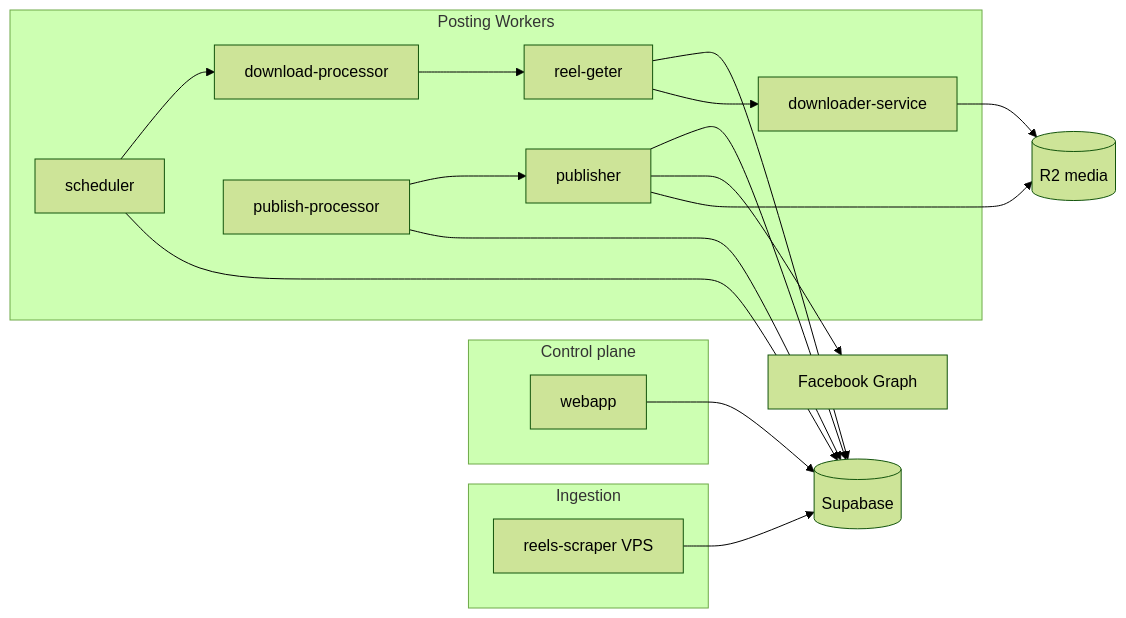
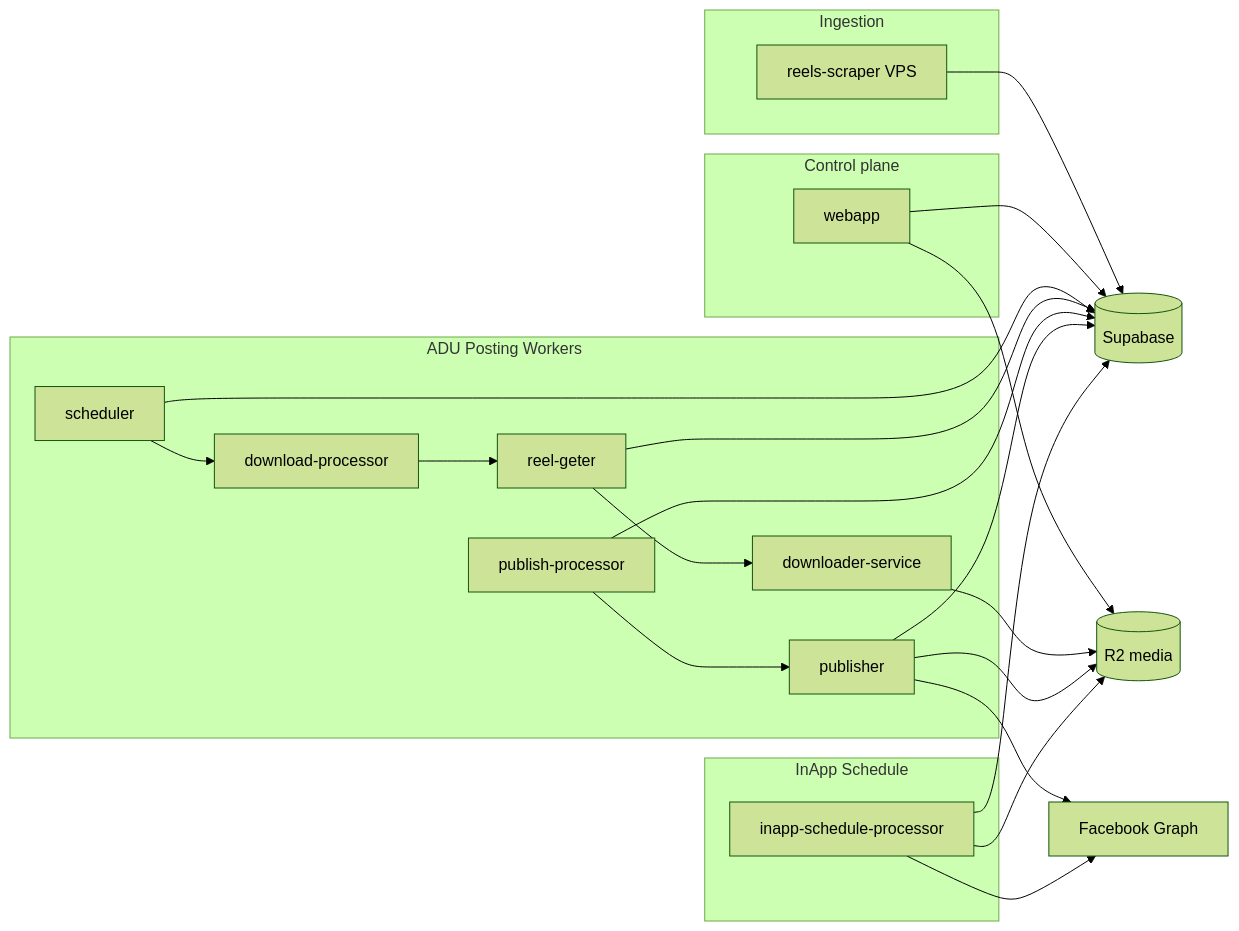
Before and after one commit to Velocta/fbuploadpro: the diagram in documentation/architecture/system-overview.md, drawn with Mermaid (forest theme). The commit also changed other lines of this file and 12 other files, not shown here.

First line of the commit message:
refactor: update documentation and schema for Facebook services

````diff
--- a/documentation/architecture/system-overview.md
+++ b/documentation/architecture/system-overview.md
@@ -53,34 +71,41 @@
 ```mermaid
 flowchart LR
   subgraph ingest [Ingestion]
     Scraper[reels-scraper VPS]
   end
   subgraph control [Control plane]
     Webapp[webapp]
   end
-  subgraph post [Posting Workers]
+  subgraph adu [ADU Posting Workers]
     Scheduler[scheduler]
     DownloadProc[download-processor]
     ReelGeter[reel-geter]
     Downloader[downloader-service]
     PublishProc[publish-processor]
     Publisher[publisher]
   end
+  subgraph inapp [InApp Schedule]
+    InappProcessor[inapp-schedule-processor]
+  end
   DB[(Supabase)]
   R2[(R2 media)]
   FB[Facebook Graph]
 
   Scraper --> DB
   Webapp --> DB
+  Webapp --> R2
   Scheduler --> DB
   Scheduler --> DownloadProc
   DownloadProc --> ReelGeter
   ReelGeter --> Downloader
   Downloader --> R2
   ReelGeter --> DB
   PublishProc --> DB
   PublishProc --> Publisher
   Publisher --> R2
   Publisher --> FB
   Publisher --> DB
+  InappProcessor --> DB
+  InappProcessor --> R2
+  InappProcessor --> FB
 ```
````
